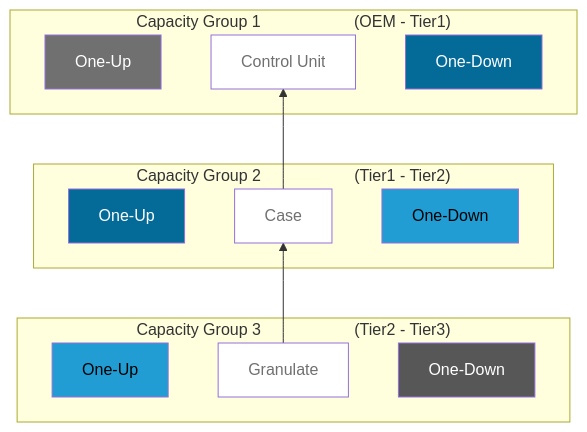
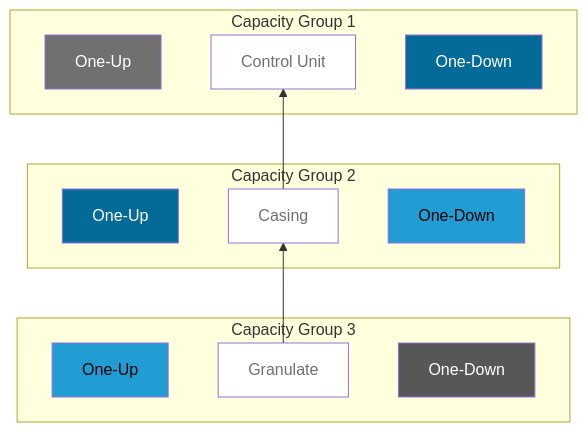
Diagram 19 of 25 in docs-kits/kits/demand-and-capacity-management-kit/adoption-view/use-case/business-process.md (eclipse-tractusx/eclipse-tractusx.github.io), drawn with Mermaid before and after one commit. The commit also changed other lines of this file and 100 other files, not shown here.

Commit message:
.SVG --> Mermaid and disabled API Link for archived KITS

````diff
--- a/docs-kits/kits/demand-and-capacity-management-kit/adoption-view/use-case/business-process.md
+++ b/docs-kits/kits/demand-and-capacity-management-kit/adoption-view/use-case/business-process.md
@@ -831,29 +756,29 @@
 ```mermaid
 flowchart BT
-    subgraph CG1["Capacity Group 1                     (OEM - Tier1)"]
+    subgraph CG1["Capacity Group 1"]
         cg11UP[One-Up]
         cg1Material[Control Unit]
         cg11DOWN[One-Down]
     end
-    subgraph CG2["Capacity Group 2                     (Tier1 - Tier2)"]
+    subgraph CG2["Capacity Group 2"]
         cg21UP[One-Up]
-        cg2Material[Case]
+        cg2Material[Casing]
         cg21DOWN[One-Down]
     end
-    subgraph CG3["Capacity Group 3                     (Tier2 - Tier3)"]
+    subgraph CG3["Capacity Group 3"]
         cg31UP[One-Up]
         cg3Material[Granulate]
         cg31DOWN[One-Down]
     end
 cg3Material-->cg2Material
 cg2Material-->cg1Material
 style cg11UP fill:#707070,color:#ffffff
 style cg1Material fill:#FFFFFF,color:#707070
 style cg11DOWN fill:#046b99,color:#ffffff
 style cg21UP fill:#046b99,color:#ffffff
 style cg2Material fill:#FFFFFF,color:#707070
 style cg21DOWN fill:#219dd4,color:#000000
 style cg31UP fill:#219dd4,color:#000000
 style cg3Material fill:#FFFFFF,color:#707070
 style cg31DOWN fill:#575757,color:#ffffff
 ```
````
